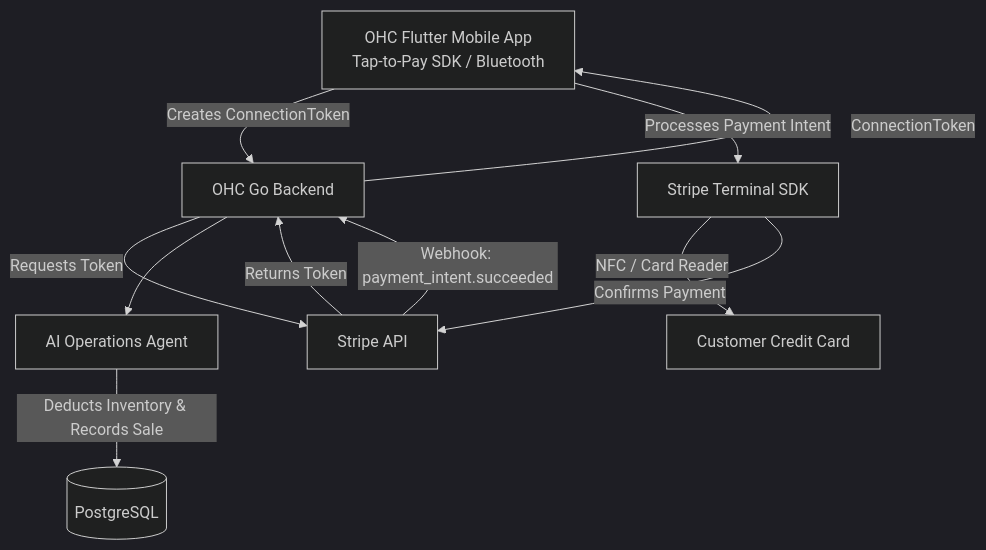
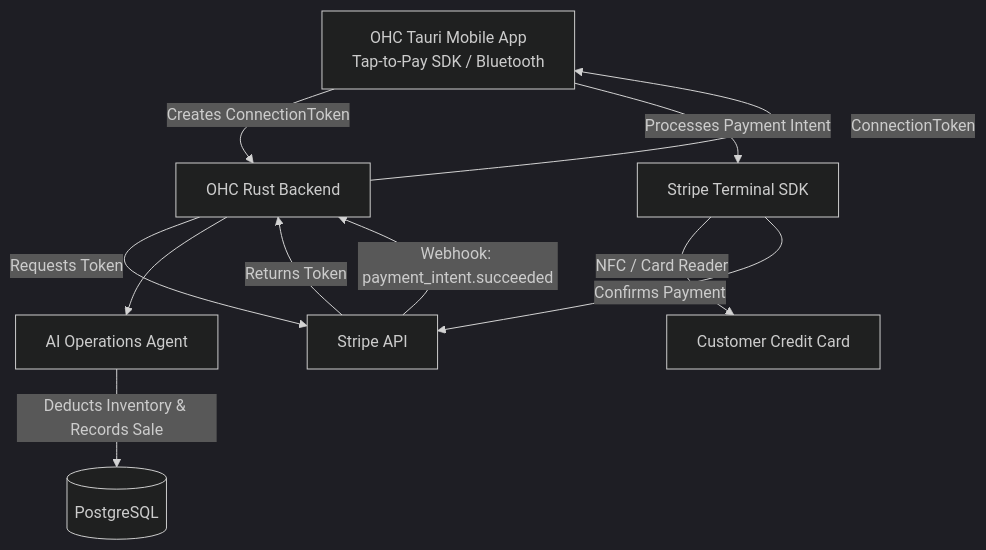
Before and after one commit to omnisolo-llc/onehumancorp: the diagram in docs/research/architecture_in_person_pos_terminal.md, drawn with Mermaid (dark theme). The commit also changed other lines of this file and 10 other files, not shown here.

````diff
--- a/docs/research/architecture_in_person_pos_terminal.md
+++ b/docs/research/architecture_in_person_pos_terminal.md
@@ -18,13 +18,13 @@
 ```mermaid
 graph TD;
-    MobileApp[OHC Flutter Mobile App\nTap-to-Pay SDK / Bluetooth] -->|Creates ConnectionToken| Backend[OHC Go Backend];
+    MobileApp[OHC Tauri Mobile App\nTap-to-Pay SDK / Bluetooth] -->|Creates ConnectionToken| Backend[OHC Rust Backend];
     Backend -->|Requests Token| StripeAPI[Stripe API];
     StripeAPI -->|Returns Token| Backend;
     Backend -->|ConnectionToken| MobileApp;
     MobileApp -->|Processes Payment Intent| StripeTerminalSDK[Stripe Terminal SDK];
     StripeTerminalSDK -->|NFC / Card Reader| CustomerCard[Customer Credit Card];
     StripeTerminalSDK -->|Confirms Payment| StripeAPI;
     StripeAPI -->|Webhook: payment_intent.succeeded| Backend;
     Backend --> OperationsAgent[AI Operations Agent];
     OperationsAgent -->|Deducts Inventory & Records Sale| DB[(PostgreSQL)];
 ```
````
